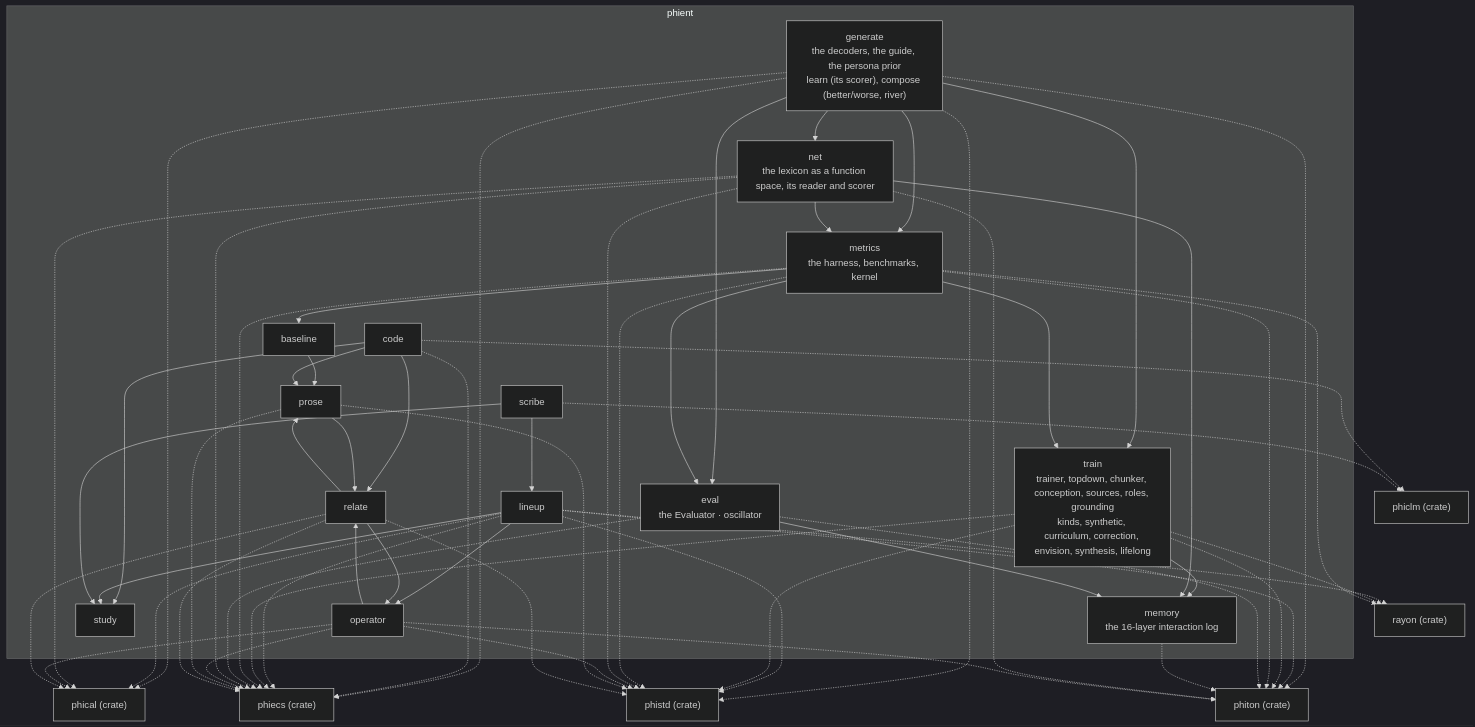
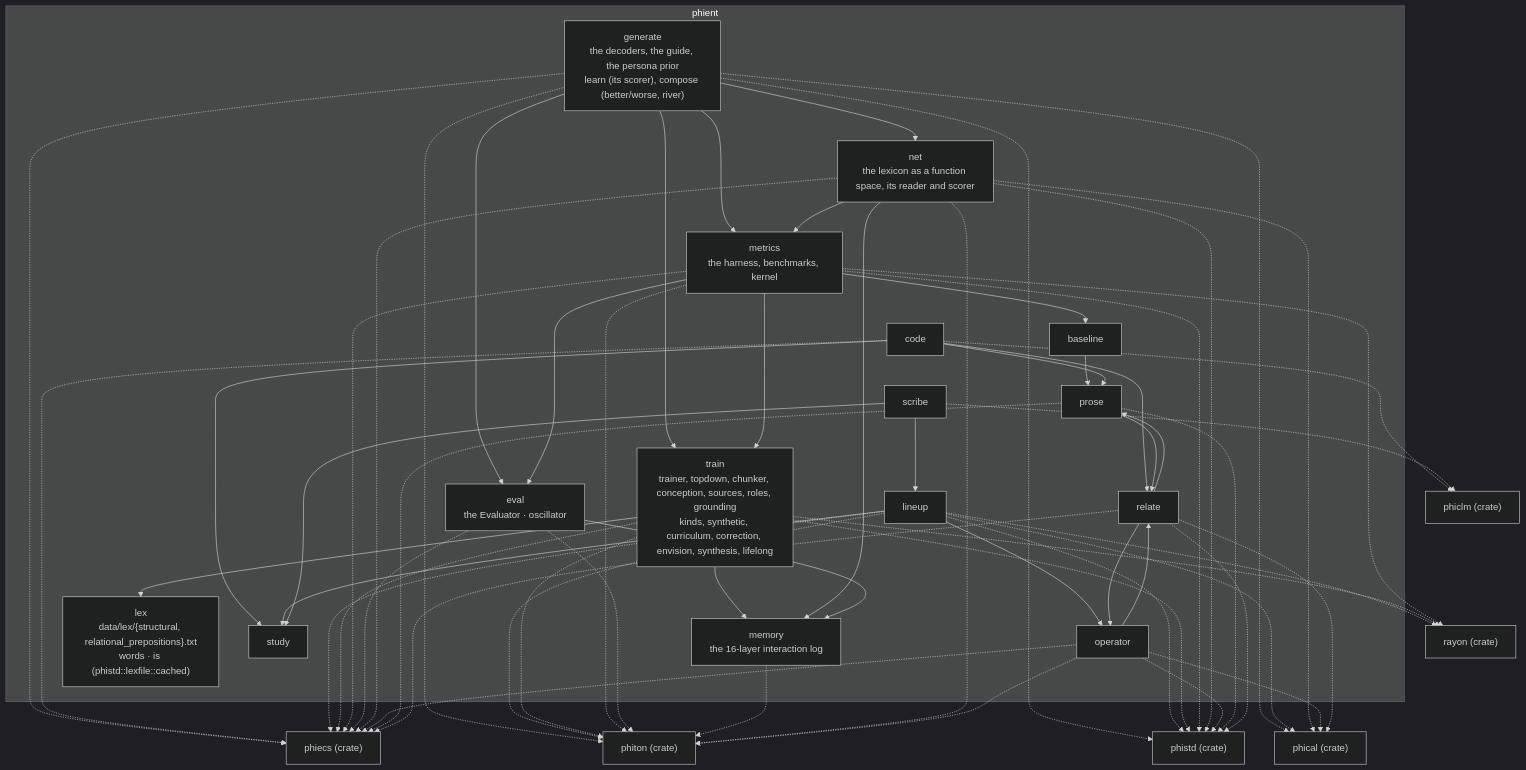
The diagram in ARCHITECTURE.md (gemphi/phient), drawn with Mermaid (dark theme) before and after one commit. The commit also changed 8 other files, not shown here.

Commit message:
no data in code: the structural words and the relational prepositions are data/lex files read through lex::words (phistd::lexfile::cached)

```diff
--- a/ARCHITECTURE.md
+++ b/ARCHITECTURE.md
@@ -17,6 +17,7 @@
         m_prose["prose"]
         m_relate["relate"]
         m_scribe["scribe"]
+        m_lex["lex<br/>data/lex/{structural, relational_prepositions}.txt<br/>words · is (phistd::lexfile::cached)"]
         m_study["study"]
         m_train["train<br/>trainer, topdown, chunker, conception, sources, roles, grounding<br/>kinds, synthetic, curriculum, correction, envision, synthesis, lifelong"]
     end
@@ -41,6 +42,7 @@
     m_relate --> m_operator
     m_relate --> m_prose
     m_scribe --> m_lineup
+    m_train --> m_lex
     m_scribe --> m_study
     X_phical["phical (crate)"]
     m_generate -.-> X_phical
```
